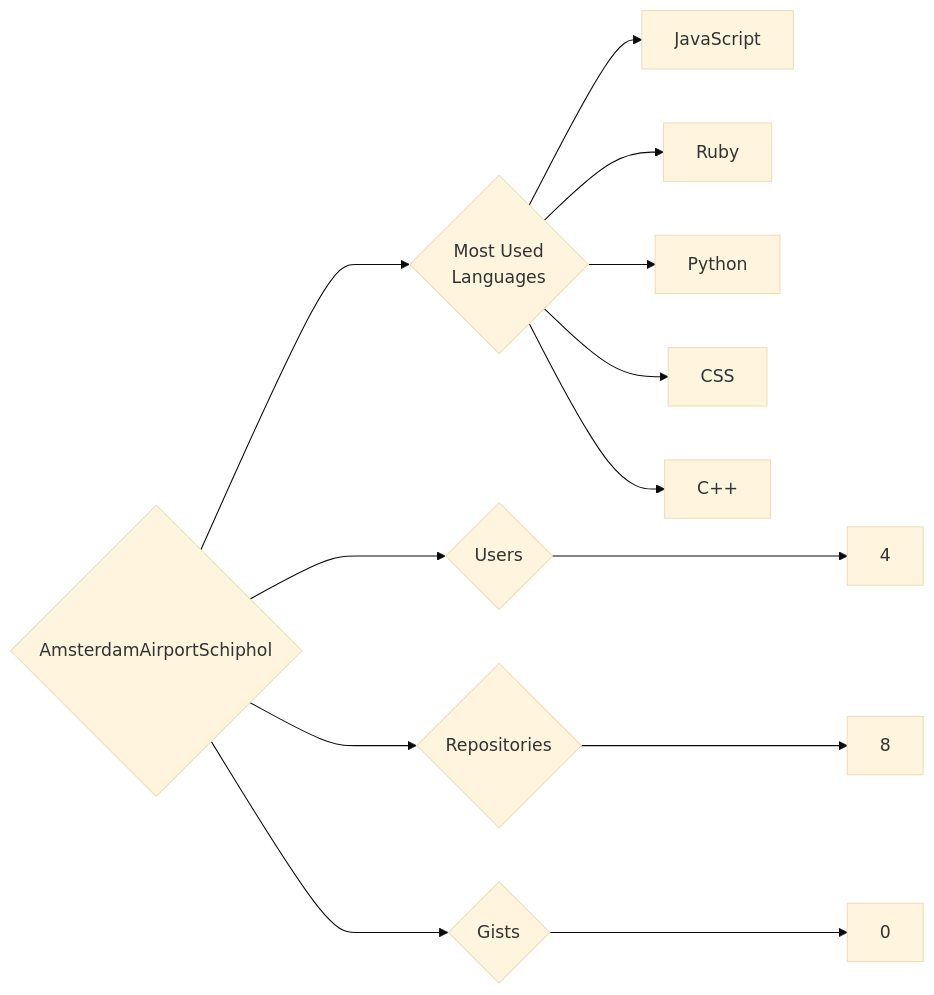
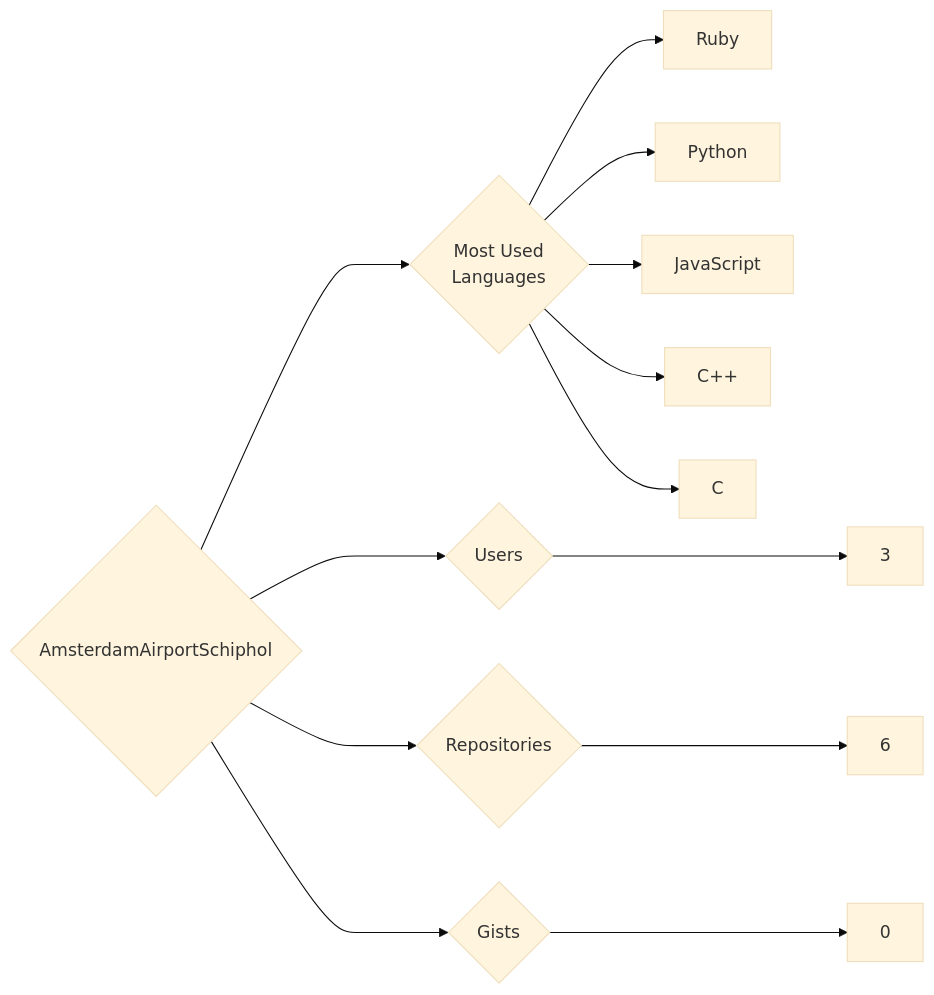
Before and after one commit to trickest/insiders: the diagram in targets/AmsterdamAirportSchiphol/README.md, drawn with Mermaid (base theme). The commit also changed 1166 other files, not shown here.

````diff
--- a/targets/AmsterdamAirportSchiphol/README.md
+++ b/targets/AmsterdamAirportSchiphol/README.md
@@ -3,13 +3,13 @@
 ```mermaid
 graph LR
 COMPANY_NAME{AmsterdamAirportSchiphol}
-COMPANY_NAME ---> U{Users} ---> UN[4]
-COMPANY_NAME ---> R{Repositories} ---> RN[8]
+COMPANY_NAME ---> U{Users} ---> UN[3]
+COMPANY_NAME ---> R{Repositories} ---> RN[6]
 COMPANY_NAME ---> G{Gists} ---> GN[0]
 COMPANY_NAME ---> ML{Most Used<br>Languages}
-ML --> JavaScript[JavaScript]
 ML --> Ruby[Ruby]
 ML --> Python[Python]
-ML --> CSS[CSS]
+ML --> JavaScript[JavaScript]
 ML --> C++[C++]
+ML --> C[C]
 ```
````
